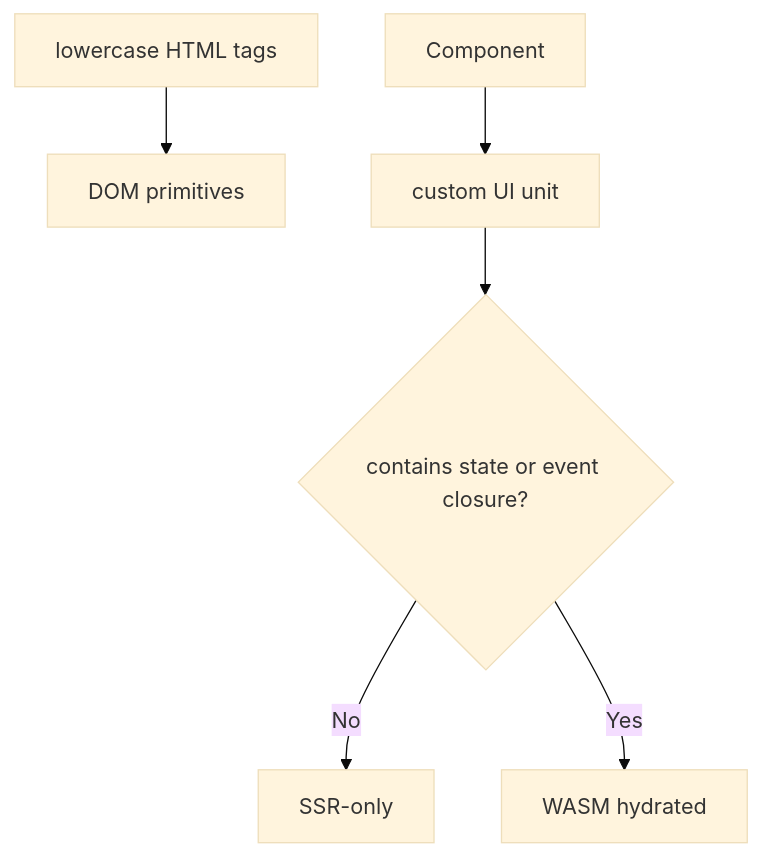
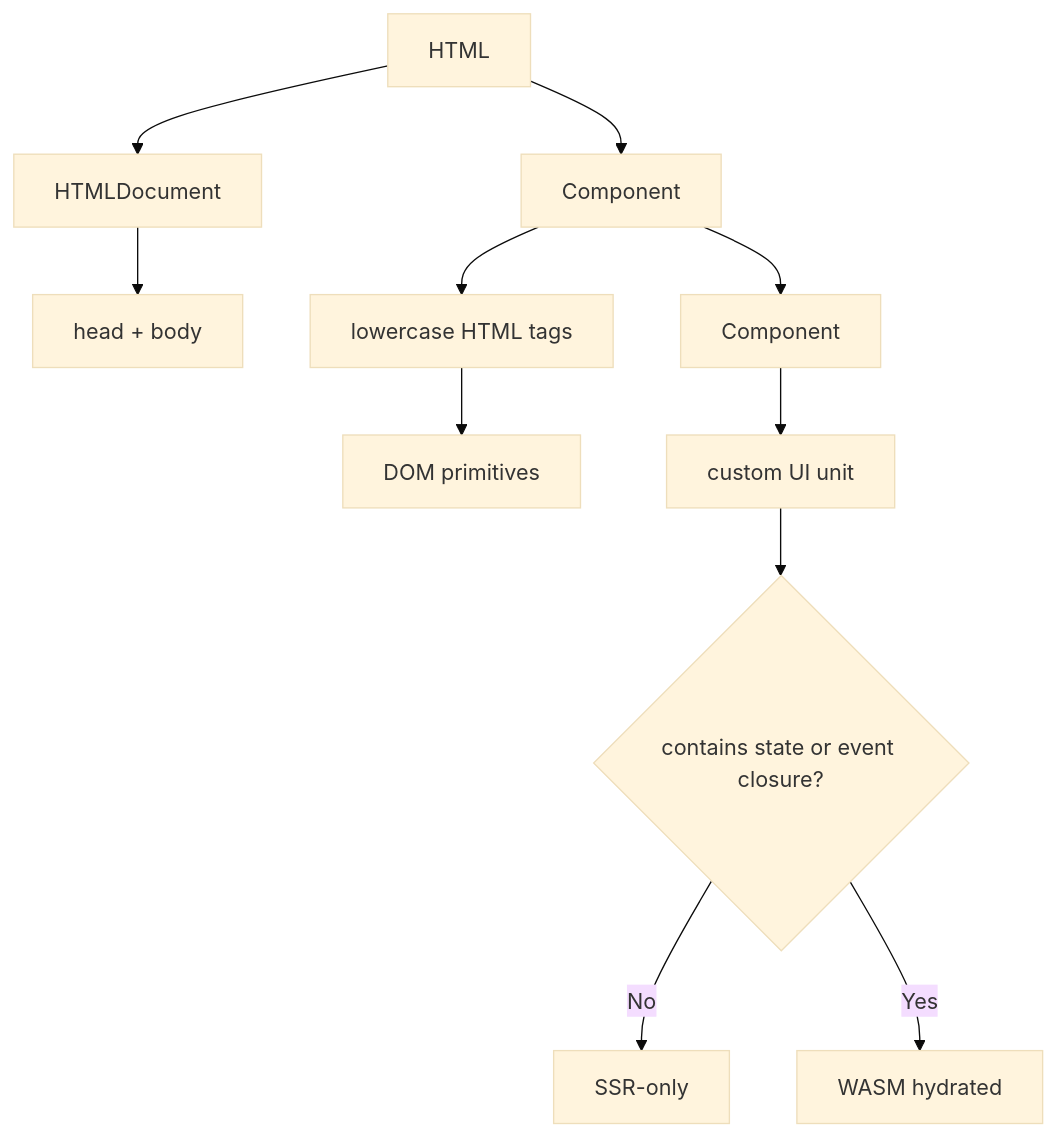
Before and after one commit to 1amageek/swift-html: the first of 31 diagrams in docs/SwiftHTML.md, drawn with Mermaid (base theme). The commit also changed other lines of this file and 67 other files, not shown here.

````diff
--- a/docs/SwiftHTML.md
+++ b/docs/SwiftHTML.md
@@ -14,8 +15,13 @@
 ```mermaid
 flowchart TB
-    A["lowercase HTML tags"] --> B["DOM primitives"]
-    C["Component"] --> D["custom UI unit"]
+    H["HTML"] --> I["HTMLDocument"]
+    H --> J["Component"]
+    I --> K["head + body"]
+    J --> A["lowercase HTML tags"]
+    J --> C["Component"]
+    A --> B["DOM primitives"]
+    C --> D["custom UI unit"]
     D --> E{"contains state or event closure?"}
     E -->|No| F["SSR-only"]
     E -->|Yes| G["WASM hydrated"]
 ```
````
